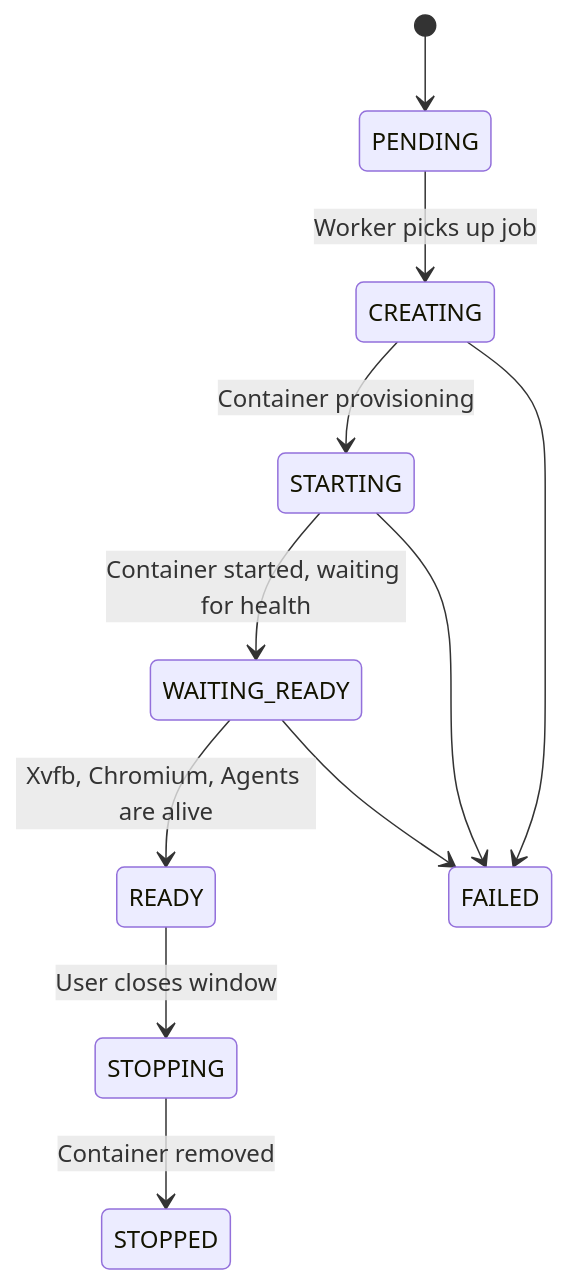
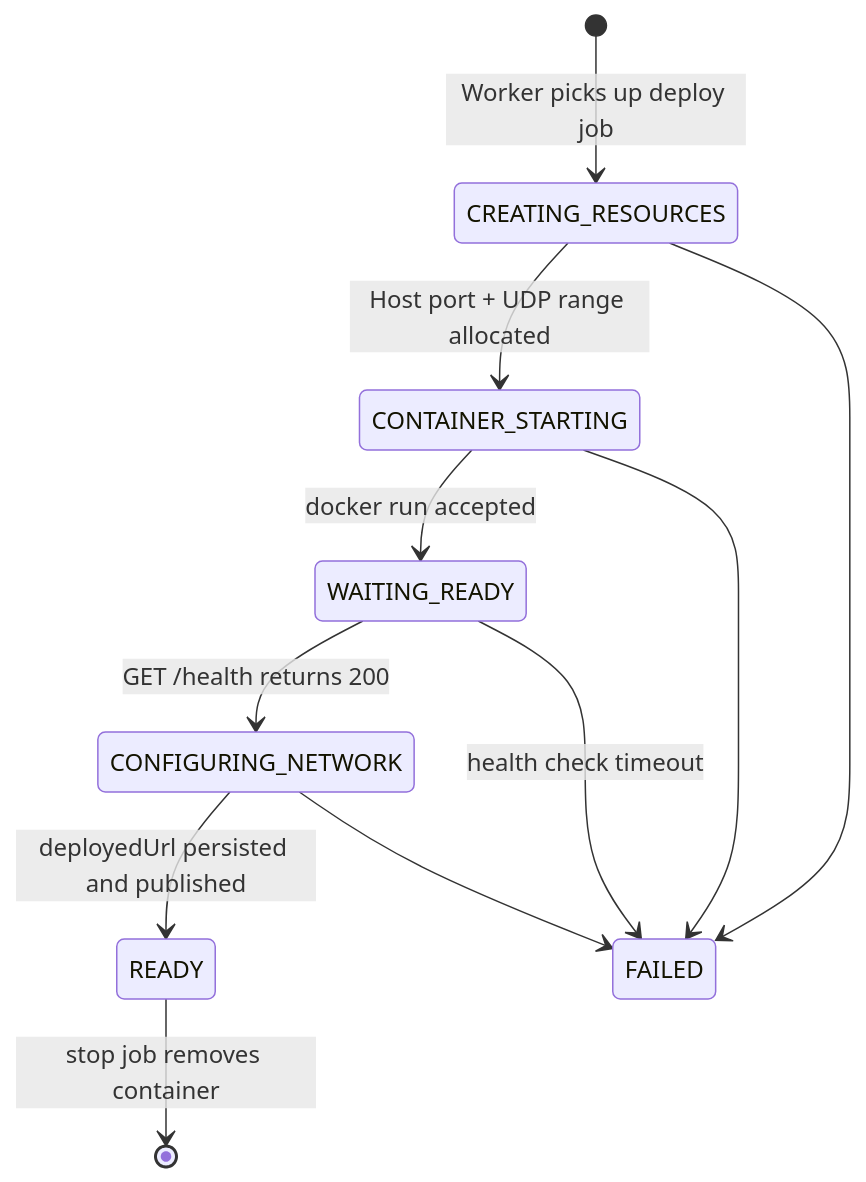
The fourth of 12 diagrams in docs/architecture.md (Rahulwagh07/orbit), drawn with Mermaid before and after one commit. The commit also changed other lines of this file, not shown here.

Commit message:
docs(architecture): rewrite architecture doc to match current codebase and fix mermaid diagrams

````diff
--- a/docs/architecture.md
+++ b/docs/architecture.md
@@ -63,14 +122,14 @@
 ```mermaid
 stateDiagram-v2
-    [*] --> PENDING
-    PENDING --> CREATING: Worker picks up job
-    CREATING --> STARTING: Container provisioning
-    STARTING --> WAITING_READY: Container started, waiting for health
-    WAITING_READY --> READY: Xvfb, Chromium, Agents are alive
-    READY --> STOPPING: User closes window
-    STOPPING --> STOPPED: Container removed
-    
-    CREATING --> FAILED
-    STARTING --> FAILED
-    WAITING_READY --> FAILED
+    [*] --> CREATING_RESOURCES: Worker picks up deploy job
+    CREATING_RESOURCES --> CONTAINER_STARTING: Host port + UDP range allocated
+    CONTAINER_STARTING --> WAITING_READY: docker run accepted
+    WAITING_READY --> CONFIGURING_NETWORK: GET /health returns 200
+    CONFIGURING_NETWORK --> READY: deployedUrl persisted and published
+    READY --> [*]: stop job removes container
+
+    CREATING_RESOURCES --> FAILED
+    CONTAINER_STARTING --> FAILED
+    WAITING_READY --> FAILED: health check timeout
+    CONFIGURING_NETWORK --> FAILED
 ```
````
